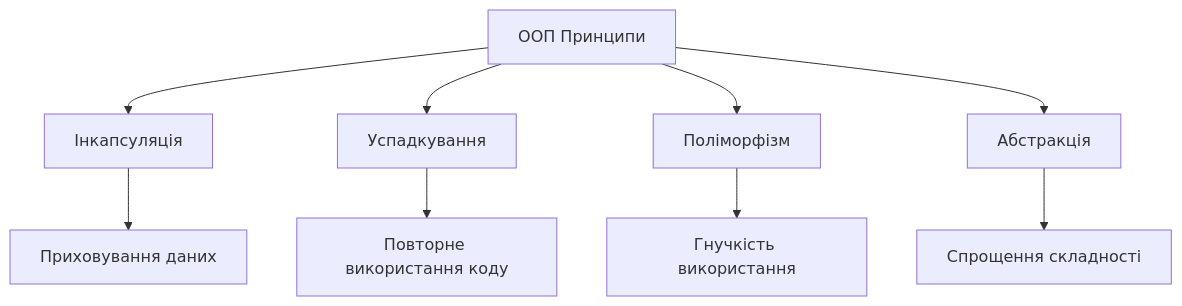
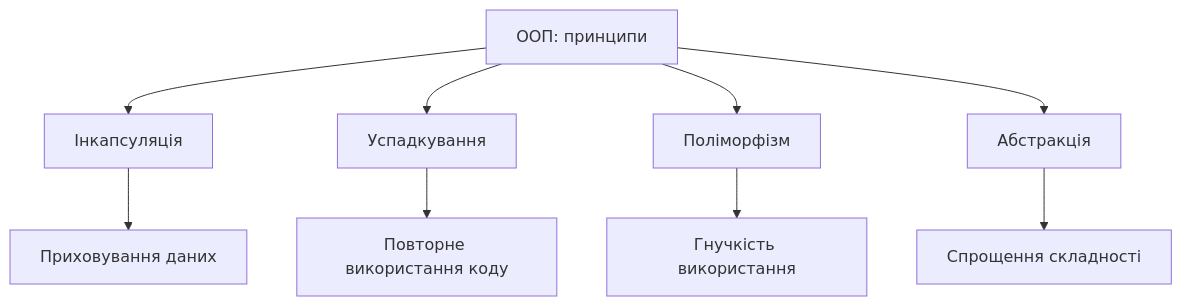
One commit to olroi421/course-opi-v2 changed the third of 4 diagrams in presentations/presentation-07.md. Above: the diagram before and after it, drawn with Mermaid. The commit also changed other lines of this file and 10 other files, not shown here.

````diff
--- a/presentations/presentation-07.md
+++ b/presentations/presentation-07.md
@@ -113,12 +186,12 @@
 ```mermaid
 graph TB
-    A[ООП Принципи] --> B[Інкапсуляція]
-    A --> C[Успадкування]
-    A --> D[Поліморфізм]
-    A --> E[Абстракція]
+    A["ООП: принципи"] --> B["Інкапсуляція"]
+    A --> C["Успадкування"]
+    A --> D["Поліморфізм"]
+    A --> E["Абстракція"]
 
-    B --> F[Приховування даних]
-    C --> G[Повторне використання коду]
-    D --> H[Гнучкість використання]
-    E --> I[Спрощення складності]
+    B --> F["Приховування даних"]
+    C --> G["Повторне використання коду"]
+    D --> H["Гнучкість використання"]
+    E --> I["Спрощення складності"]
 ```
````
